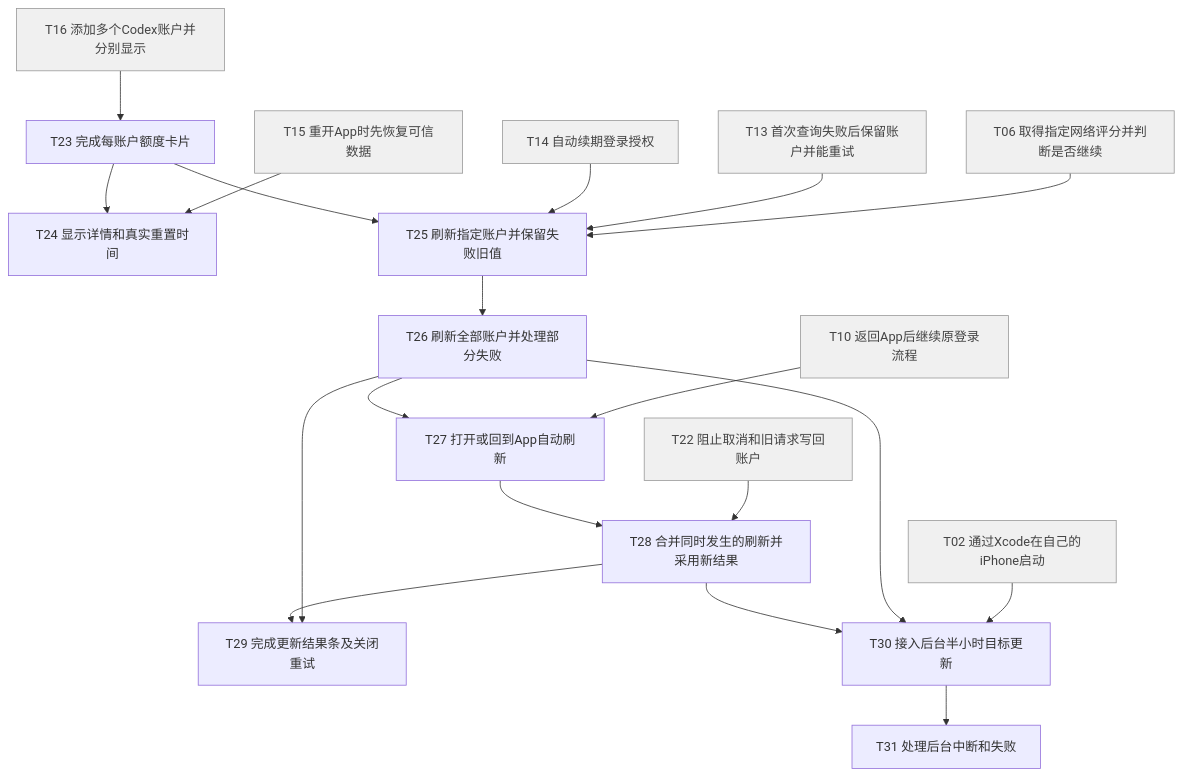
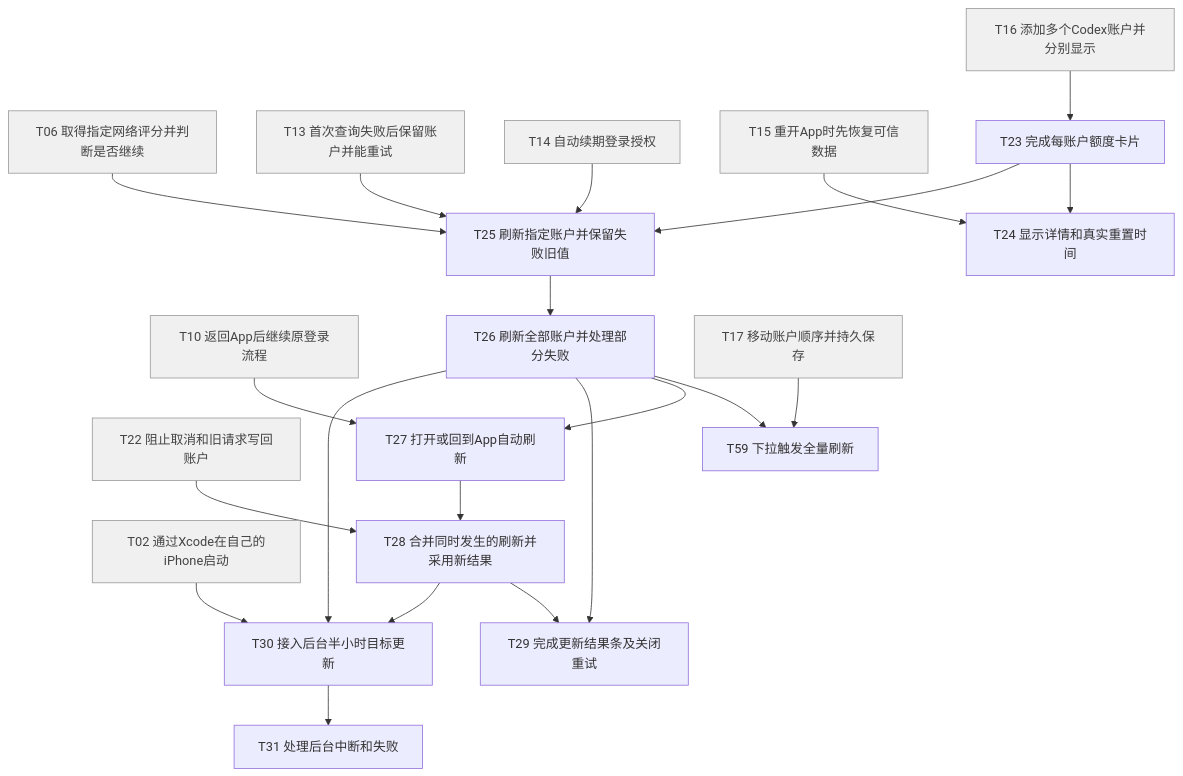
Before and after one commit to fsylviaa/subscription-usage-monitor: the fifth of 9 diagrams in docs/mvp任务清单/README.md, drawn with Mermaid. The commit also changed other lines of this file and 26 other files, not shown here.

````diff
--- a/docs/mvp任务清单/README.md
+++ b/docs/mvp任务清单/README.md
@@ -262,39 +263,41 @@
 ```mermaid
 flowchart TD
   T02["T02 通过Xcode在自己的iPhone启动"]:::prior
   T06["T06 取得指定网络评分并判断是否继续"]:::prior
   T10["T10 返回App后继续原登录流程"]:::prior
   T13["T13 首次查询失败后保留账户并能重试"]:::prior
   T14["T14 自动续期登录授权"]:::prior
   T15["T15 重开App时先恢复可信数据"]:::prior
   T16["T16 添加多个Codex账户并分别显示"]:::prior
   T22["T22 阻止取消和旧请求写回账户"]:::prior
   T23["T23 完成每账户额度卡片"]
   T24["T24 显示详情和真实重置时间"]
   T25["T25 刷新指定账户并保留失败旧值"]
   T26["T26 刷新全部账户并处理部分失败"]
   T27["T27 打开或回到App自动刷新"]
   T28["T28 合并同时发生的刷新并采用新结果"]
   T29["T29 完成更新结果条及关闭重试"]
   T30["T30 接入后台半小时目标更新"]
   T31["T31 处理后台中断和失败"]
   T16 --> T23
   T15 --> T24
   T23 --> T24
   T06 --> T25
   T13 --> T25
   T14 --> T25
   T23 --> T25
   T25 --> T26
+  T26 --> T59["T59 下拉触发全量刷新"]
+  T17["T17 移动账户顺序并持久保存"]:::prior --> T59
   T10 --> T27
   T26 --> T27
   T22 --> T28
   T27 --> T28
   T26 --> T29
   T28 --> T29
   T02 --> T30
   T26 --> T30
   T28 --> T30
   T30 --> T31
   classDef prior fill:#f0f0f0,stroke:#999,color:#444
 ```
````
